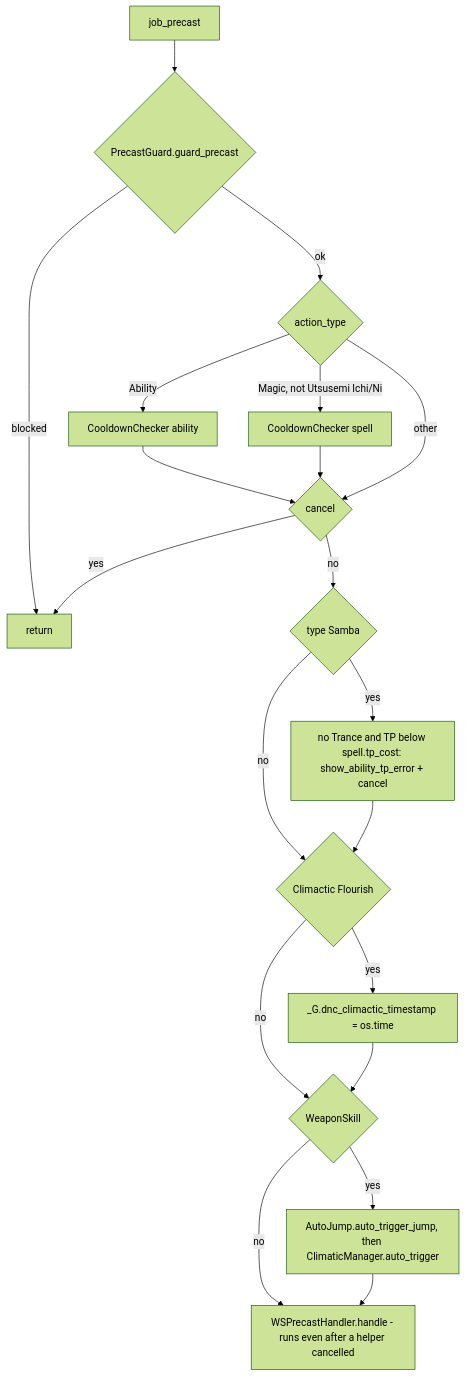
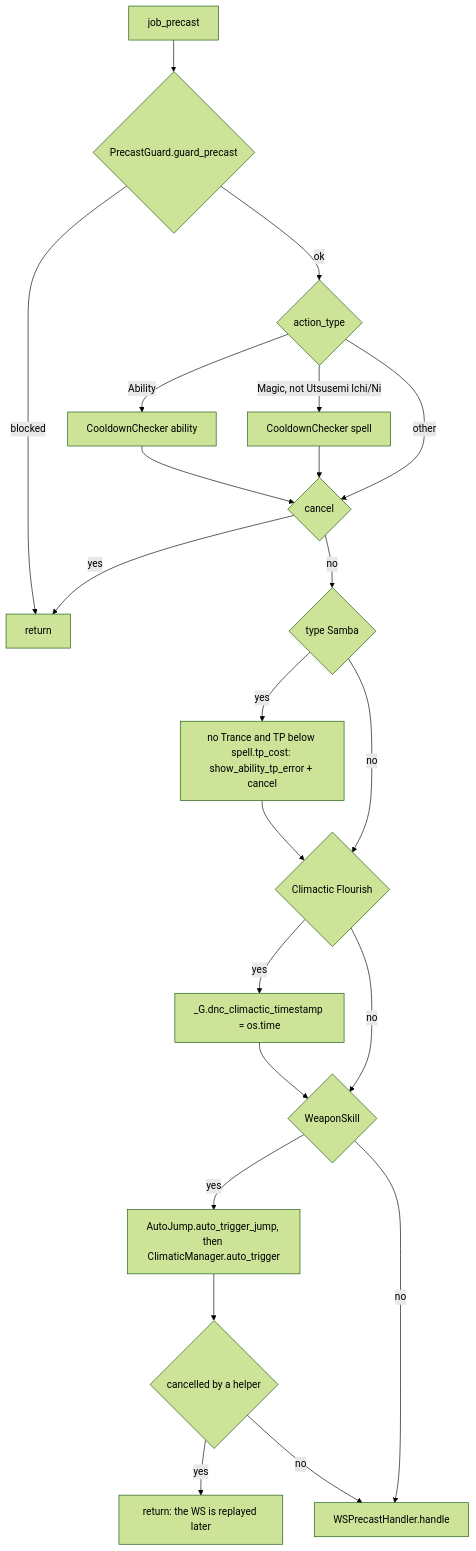
One commit to ejouanchicot/Gearswap changed the second of 3 diagrams in docs/dev/jobs/dnc.md. Above: the diagram before and after it, drawn with Mermaid (forest theme). The commit also changed other lines of this file and 3 other files, not shown here.

````diff
--- a/docs/dev/jobs/dnc.md
+++ b/docs/dev/jobs/dnc.md
@@ -137,22 +137,24 @@
 ```mermaid
 flowchart TD
     A[job_precast] --> B{PrecastGuard.guard_precast}
     B -- blocked --> Z[return]
     B -- ok --> C{action_type}
     C -- Ability --> D[CooldownChecker ability]
     C -- "Magic, not Utsusemi Ichi/Ni" --> E[CooldownChecker spell]
     D --> F{cancel}
     E --> F
     C -- other --> F
     F -- yes --> Z
     F -- no --> G{type Samba}
     G -- yes --> H["no Trance and TP below spell.tp_cost: show_ability_tp_error + cancel"]
     G -- no --> I
     H --> I{Climactic Flourish}
     I -- yes --> J[_G.dnc_climactic_timestamp = os.time]
     I -- no --> K
     J --> K{WeaponSkill}
     K -- yes --> L["AutoJump.auto_trigger_jump, then ClimaticManager.auto_trigger"]
     K -- no --> M
-    L --> M[WSPrecastHandler.handle - runs even after a helper cancelled]
+    L --> LC{cancelled by a helper}
+    LC -- yes --> Z2[return: the WS is replayed later]
+    LC -- no --> M[WSPrecastHandler.handle]
 ```
````
